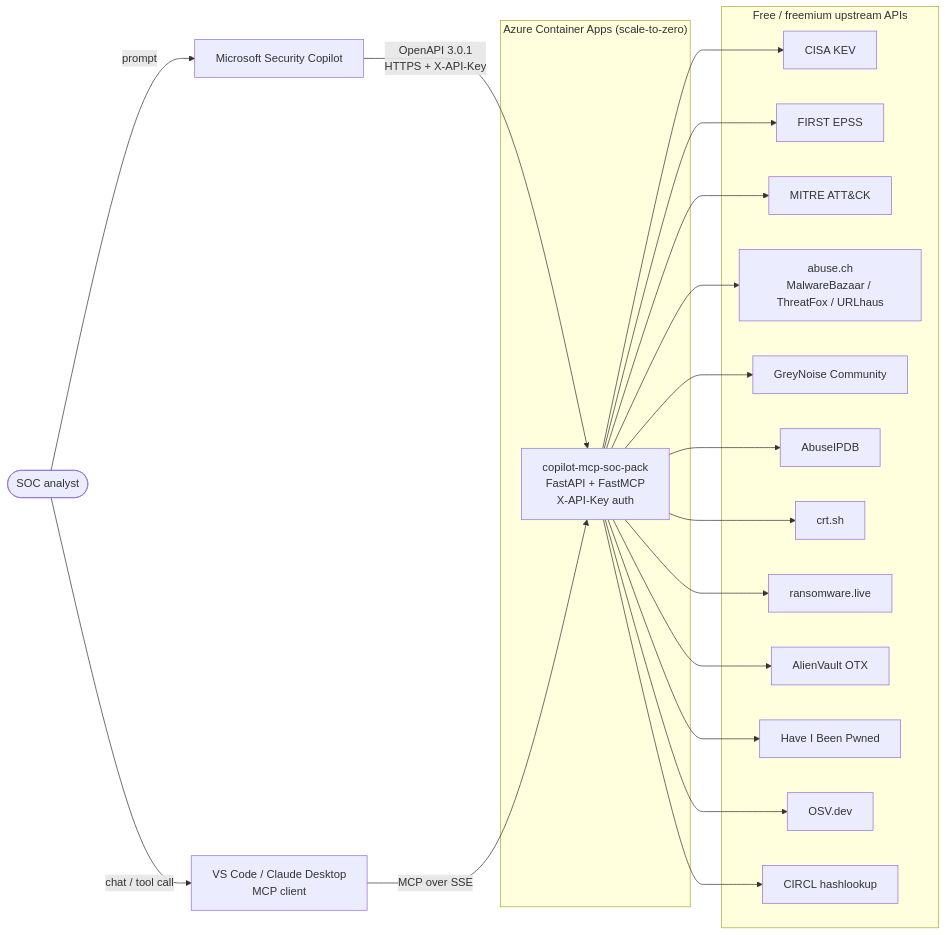
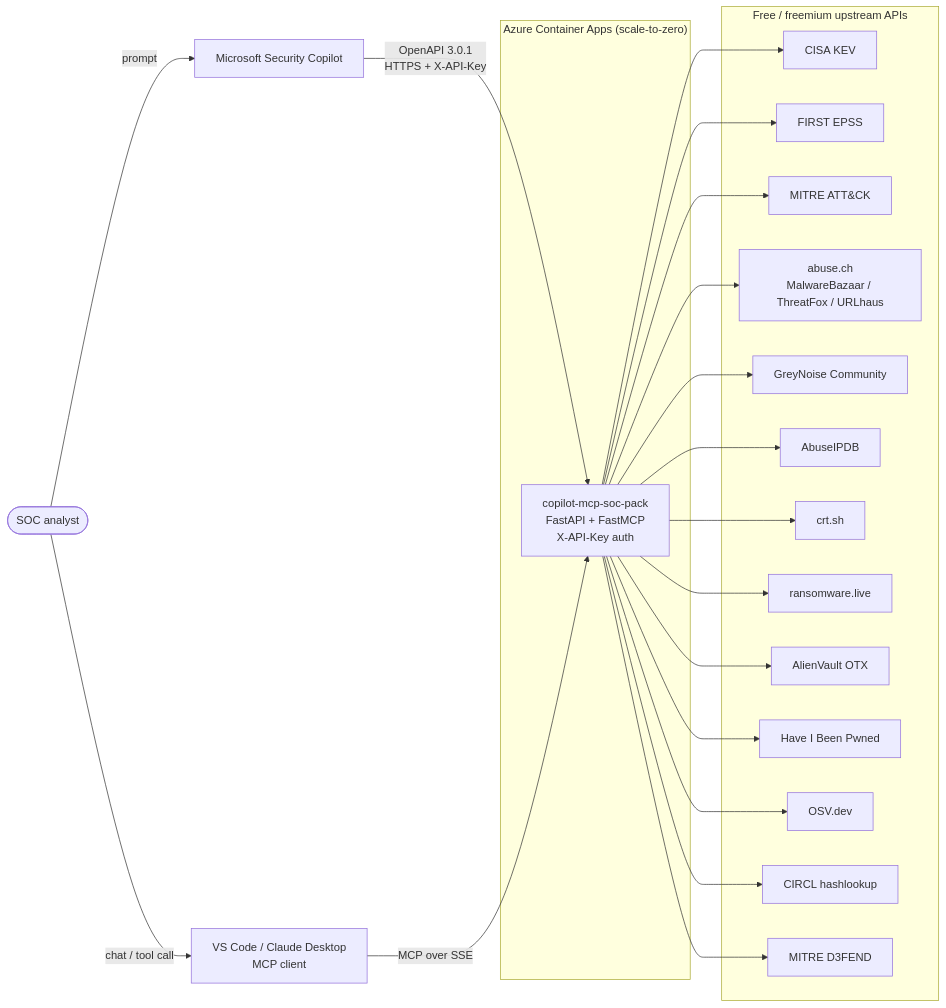
The diagram in README.md (NobufumiMurata/copilot-mcp-soc-pack), drawn with Mermaid before and after one commit. The commit also changed other lines of this file and 7 other files, not shown here.

Commit message:
feat: add MITRE D3FEND tool (defenses_for_attack / attacks_for_defense) (#25)

````diff
--- a/README.md
+++ b/README.md
@@ -63,42 +64,44 @@
 ```mermaid
 flowchart LR
     User([SOC analyst])
     SC[Microsoft Security Copilot]
     VSC[VS Code / Claude Desktop<br/>MCP client]
 
     subgraph Azure["Azure Container Apps (scale-to-zero)"]
         App["copilot-mcp-soc-pack<br/>FastAPI + FastMCP<br/>X-API-Key auth"]
     end
 
     subgraph Upstream["Free / freemium upstream APIs"]
         KEV[CISA KEV]
         EPSS[FIRST EPSS]
         ATTACK[MITRE ATT&CK]
         ABUSECH[abuse.ch<br/>MalwareBazaar / ThreatFox / URLhaus]
         GN[GreyNoise Community]
         AIPDB[AbuseIPDB]
         CRTSH[crt.sh]
         RWLIVE[ransomware.live]
         OTX[AlienVault OTX]
         HIBP[Have I Been Pwned]
         OSV[OSV.dev]
         CIRCL[CIRCL hashlookup]
+        D3FEND[MITRE D3FEND]
     end
 
     User -->|prompt| SC
     User -->|chat / tool call| VSC
     SC -->|OpenAPI 3.0.1<br/>HTTPS + X-API-Key| App
     VSC -->|MCP over SSE| App
     App --> KEV
     App --> EPSS
     App --> ATTACK
     App --> ABUSECH
     App --> GN
     App --> AIPDB
     App --> CRTSH
     App --> RWLIVE
     App --> OTX
     App --> HIBP
     App --> OSV
     App --> CIRCL
+    App --> D3FEND
 ```
````
